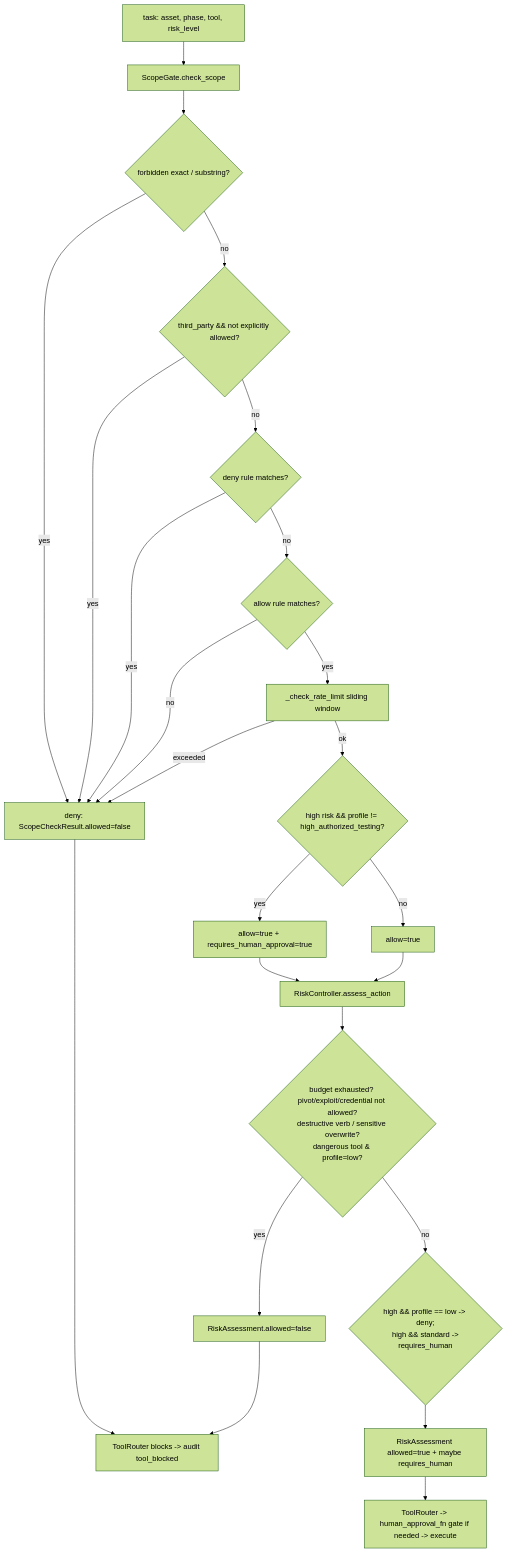
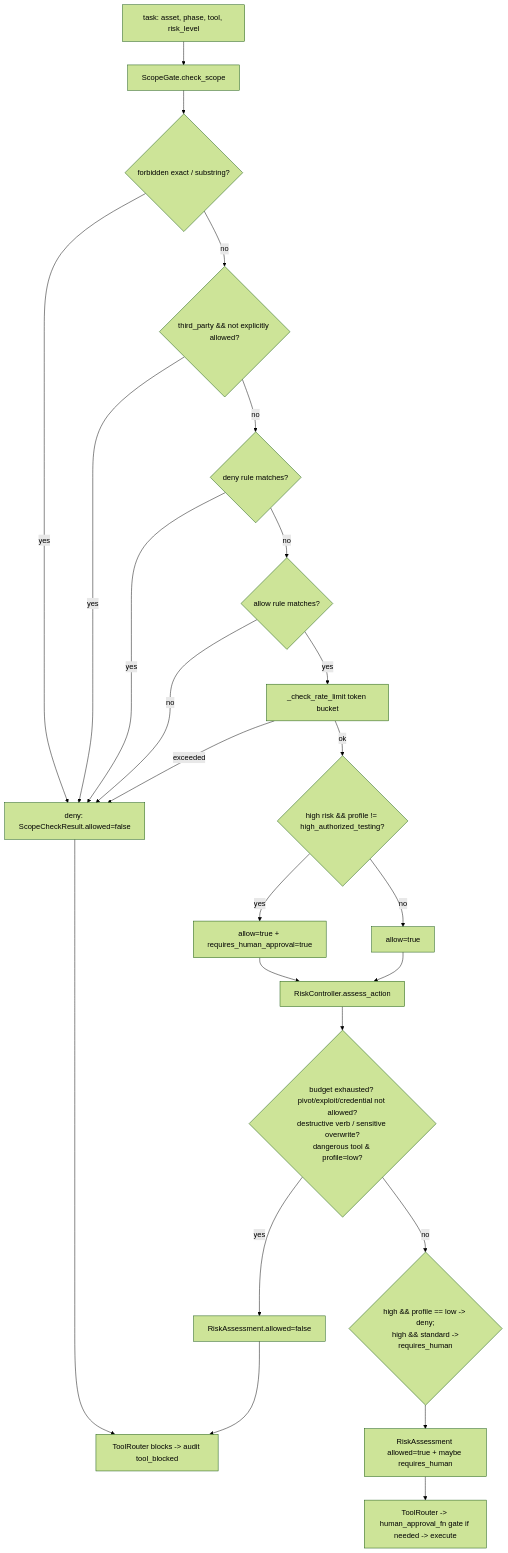
One commit to braydos-h/NetCheckAi changed the diagram in docs/components/flow-b/scope-risk.md. Above: the diagram before and after it, drawn with Mermaid (forest theme). The commit also changed other lines of this file and 2 other files, not shown here.

First line of the commit message:
Replace clamped sliding window with token-bucket rate limiter

````diff
--- a/docs/components/flow-b/scope-risk.md
+++ b/docs/components/flow-b/scope-risk.md
@@ -136,25 +136,25 @@
 ```mermaid
 flowchart TD
     A[task: asset, phase, tool, risk_level] --> B[ScopeGate.check_scope]
     B --> C{forbidden exact / substring?}
     C -->|yes| X[deny: ScopeCheckResult.allowed=false]
     C -->|no| D{third_party && not explicitly allowed?}
     D -->|yes| X
     D -->|no| E{deny rule matches?}
     E -->|yes| X
     E -->|no| F{allow rule matches?}
     F -->|no| X
-    F -->|yes| G[_check_rate_limit sliding window]
+    F -->|yes| G[_check_rate_limit token bucket]
     G -->|exceeded| X
     G -->|ok| H{high risk && profile != high_authorized_testing?}
     H -->|yes| I[allow=true + requires_human_approval=true]
     H -->|no| J[allow=true]
     I --> K[RiskController.assess_action]
     J --> K
     K --> L{budget exhausted? pivot/exploit/credential not allowed?\ndestructive verb / sensitive overwrite?\ndangerous tool & profile=low?}
     L -->|yes| Y[RiskAssessment.allowed=false]
     L -->|no| M{high && profile == low -> deny;\n high && standard -> requires_human}
     M --> N[RiskAssessment allowed=true + maybe requires_human]
     X & Y --> Z[ToolRouter blocks -> audit tool_blocked]
     N --> AA[ToolRouter -> human_approval_fn gate if needed -> execute]
 ```
````
